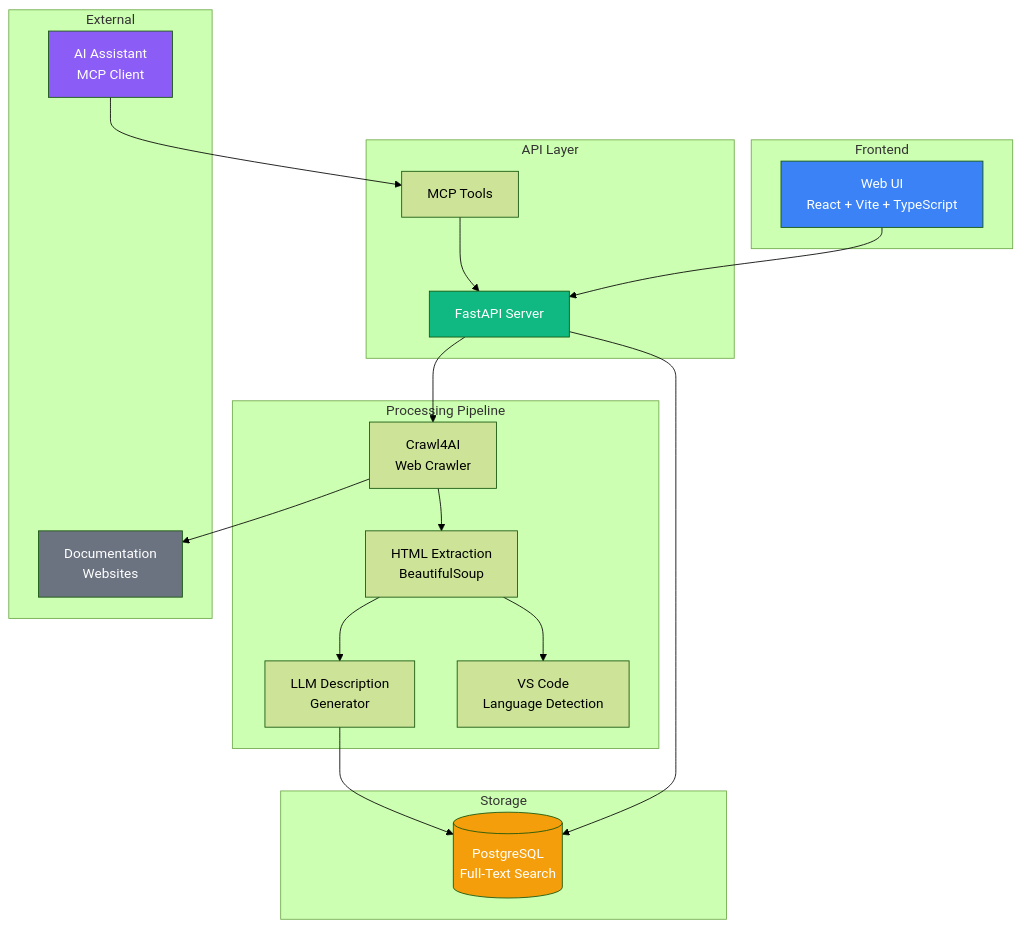
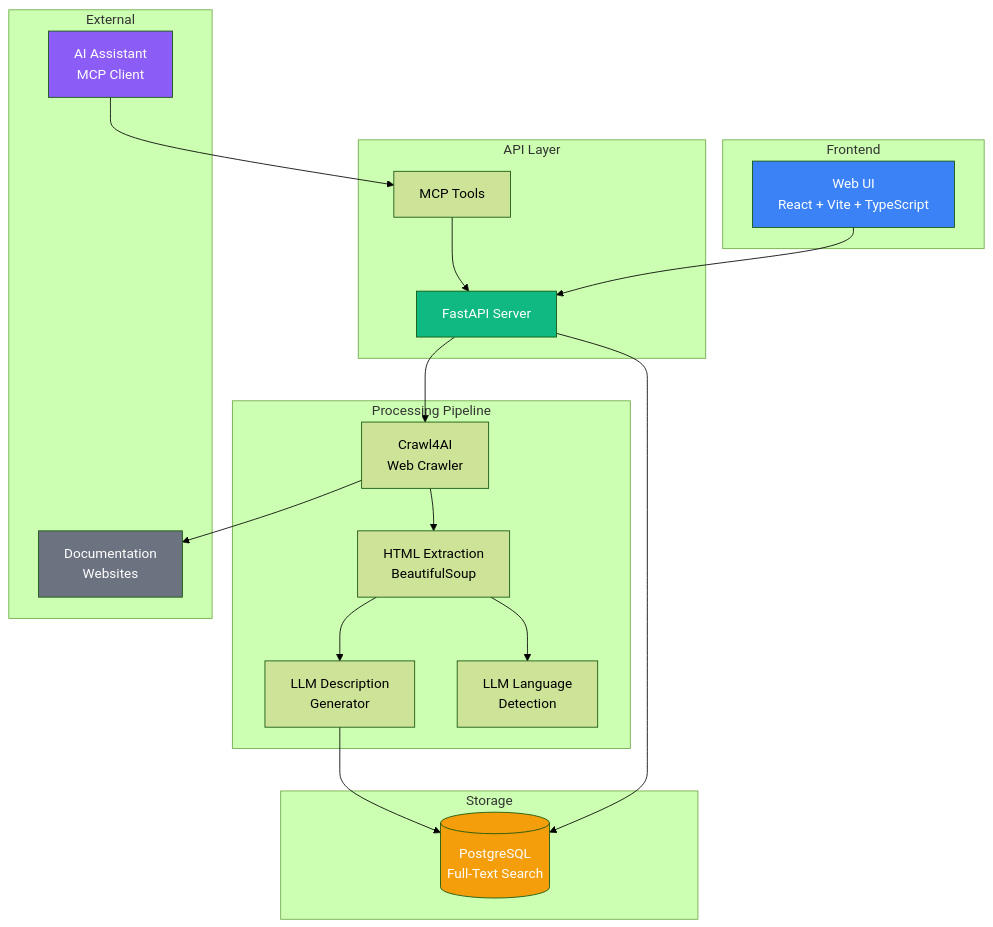
Before and after one commit to chriswritescode-dev/codedox: the diagram in README.md, drawn with Mermaid (forest theme). The commit also changed other lines of this file and 15 other files, not shown here.

First line of the commit message:
Remove VS Code language detection in favor of LLM-based detection

````diff
--- a/README.md
+++ b/README.md
@@ -19,44 +19,44 @@
 ```mermaid
 graph TB
     subgraph "Frontend"
         UI[Web UI<br/>React + Vite + TypeScript]
     end
     
     subgraph "API Layer"
         API[FastAPI Server]
         MCP[MCP Tools]
     end
     
     subgraph "Processing Pipeline"
         Crawl[Crawl4AI<br/>Web Crawler]
         HTML[HTML Extraction<br/>BeautifulSoup]
         LLM[LLM Description<br/>Generator]
-        VSD[VS Code<br/>Language Detection]
+        Lang[LLM Language<br/>Detection]
     end
     
     subgraph "Storage"
         PG[(PostgreSQL<br/>Full-Text Search)]
     end
     
     subgraph "External"
         AI[AI Assistant<br/>MCP Client]
         WEB[Documentation<br/>Websites]
     end
     
     UI --> API
     AI --> MCP
     MCP --> API
     API --> PG
     API --> Crawl
     Crawl --> WEB
     Crawl --> HTML
-    HTML --> VSD
+    HTML --> Lang
     HTML --> LLM
     LLM --> PG
     
     style UI fill:#3b82f6,color:#fff
     style API fill:#10b981,color:#fff
     style PG fill:#f59e0b,color:#fff
     style AI fill:#8b5cf6,color:#fff
     style WEB fill:#6b7280,color:#fff
 ```
````
